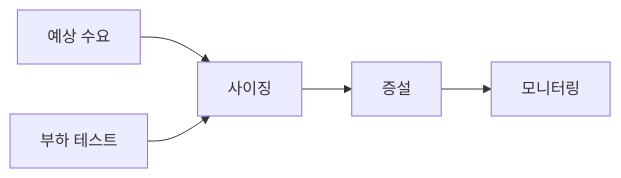
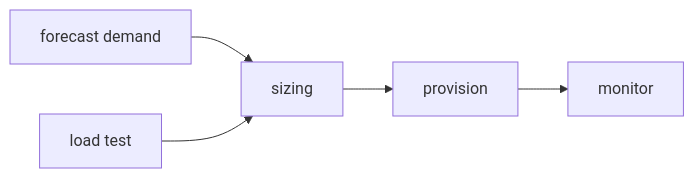
One commit to yeongseon-books/book-content changed the diagram in content/sre-101/ko/09-capacity-planning.md. Above: the diagram before and after it, drawn with Mermaid. The commit also changed other lines of this file and 9 other files, not shown here.

````diff
--- a/content/sre-101/ko/09-capacity-planning.md
+++ b/content/sre-101/ko/09-capacity-planning.md
@@ -47,7 +53,7 @@
 ```mermaid
 flowchart LR
-    Demand["예상 수요"] --> Sizing["사이징"]
-    LoadTest["부하 테스트"] --> Sizing
-    Sizing --> Buy["증설"]
-    Buy --> Monitor["모니터링"]
+    Demand["forecast demand"] --> Sizing["sizing"]
+    LoadTest["load test"] --> Sizing
+    Sizing --> Buy["provision"]
+    Buy --> Monitor["monitor"]
 ```
````
